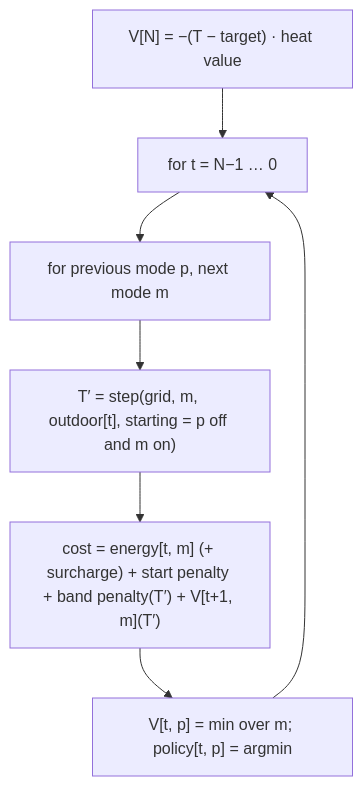
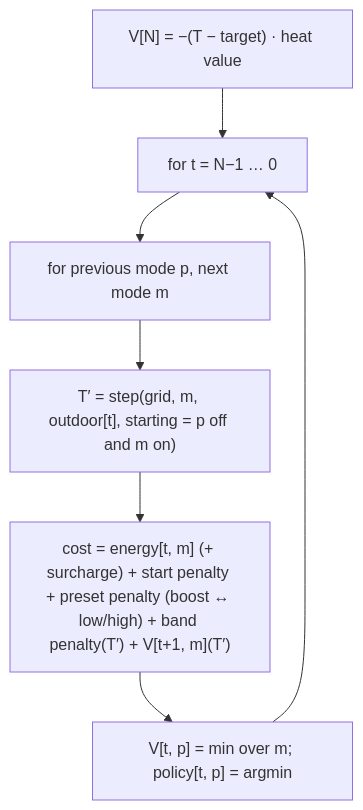
Before and after one commit to abroeders/pond-heatpump-price-planner: the eighth of 25 diagrams in docs/architecture.md, drawn with Mermaid. The commit also changed other lines of this file and 6 other files, not shown here.

Commit message:
docs: boost mode and capacity preset (#37)

````diff
--- a/docs/architecture.md
+++ b/docs/architecture.md
@@ -421,9 +447,9 @@
 ```mermaid
 flowchart TB
     T["for t = N−1 … 0"] --> P["for previous mode p, next mode m"]
     P --> S["T′ = step(grid, m, outdoor[t], starting = p off and m on)"]
-    S --> C["cost = energy[t, m] (+ surcharge) + start penalty + band penalty(T′) + V[t+1, m](T′)"]
+    S --> C["cost = energy[t, m] (+ surcharge) + start penalty + preset penalty (boost ↔ low/high) + band penalty(T′) + V[t+1, m](T′)"]
     C --> M["V[t, p] = min over m; policy[t, p] = argmin"]
     M --> T
     V0["V[N] = −(T − target) · heat value"] --> T
 ```
````
